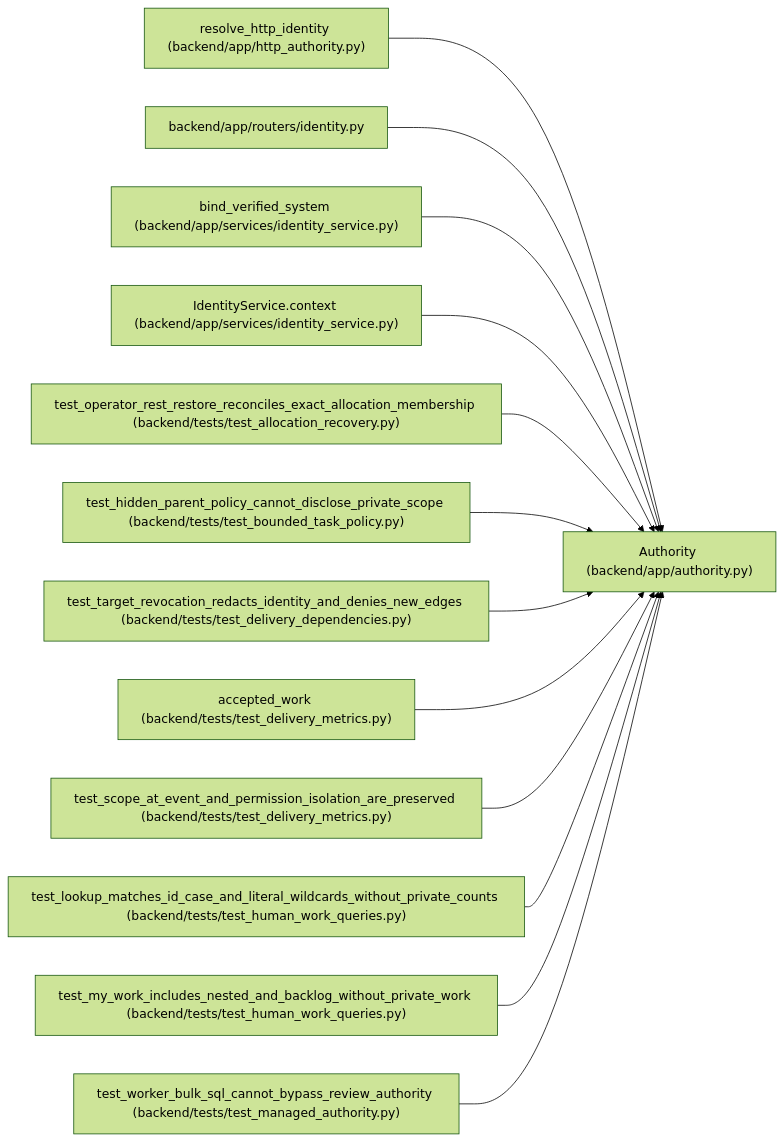
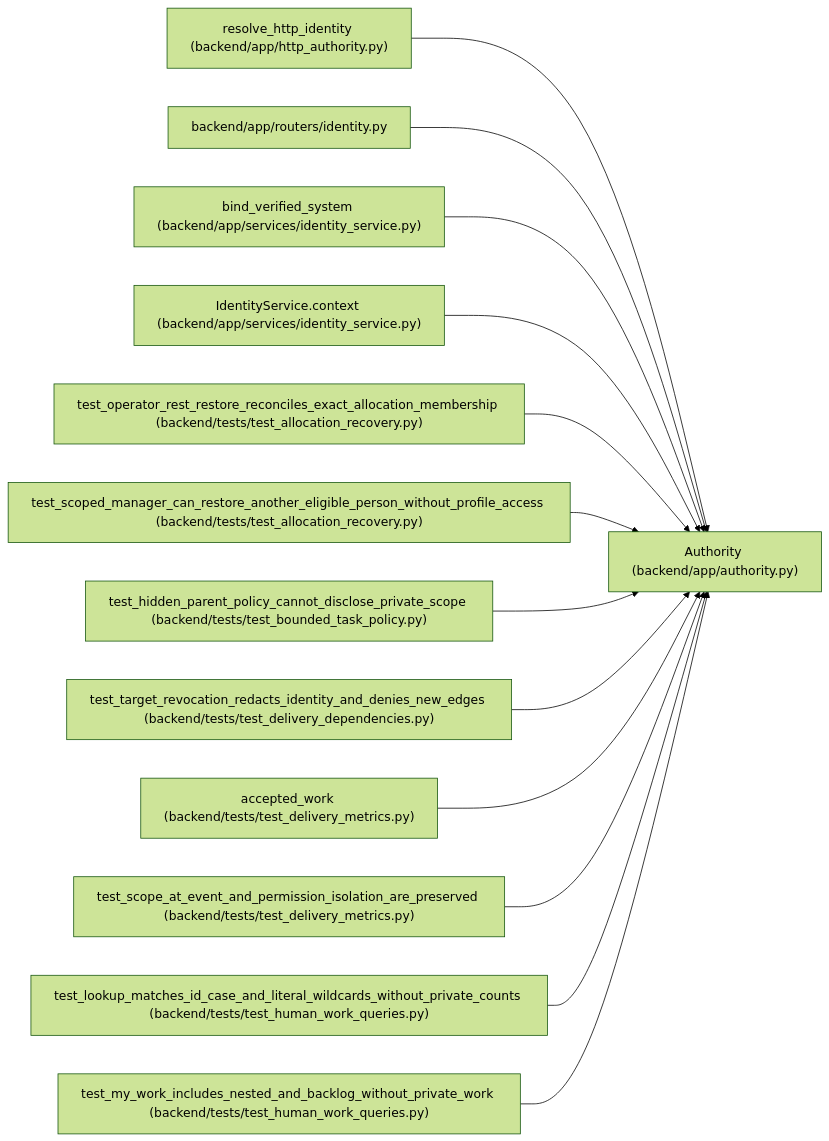
Before and after one commit to Denissvgn/WorkChord: the diagram in docs/llm_wiki/entities/Authority.md, drawn with Mermaid (forest theme). The commit also changed other lines of this file and 383 other files, not shown here.

Commit message:
docs(wiki): document complete person recovery provenance

````diff
--- a/docs/llm_wiki/entities/Authority.md
+++ b/docs/llm_wiki/entities/Authority.md
@@ -45,41 +45,41 @@
 ```mermaid
 flowchart LR
     n0["Authority (backend/app/authority.py)"]
     n1["resolve_http_identity (backend/app/http_authority.py)"]
     n2["backend/app/routers/identity.py"]
     n3["bind_verified_system (backend/app/services/identity_service.py)"]
     n4["IdentityService.context (backend/app/services/identity_service.py)"]
     n5["test_operator_rest_restore_reconciles_exact_allocation_membership (backend/tests/test_allocation_recovery.py)"]
-    n6["test_hidden_parent_policy_cannot_disclose_private_scope (backend/tests/test_bounded_task_policy.py)"]
-    n7["test_target_revocation_redacts_identity_and_denies_new_edges (backend/tests/test_delivery_dependencies.py)"]
-    n8["accepted_work (backend/tests/test_delivery_metrics.py)"]
-    n9["test_scope_at_event_and_permission_isolation_are_preserved (backend/tests/test_delivery_metrics.py)"]
-    n10["test_lookup_matches_id_case_and_literal_wildcards_without_private_counts (backend/tests/test_human_work_queries.py)"]
-    n11["test_my_work_includes_nested_and_backlog_without_private_work (backend/tests/test_human_work_queries.py)"]
-    n12["test_worker_bulk_sql_cannot_bypass_review_authority (backend/tests/test_managed_authority.py)"]
+    n6["test_scoped_manager_can_restore_another_eligible_person_without_profile_access (backend/tests/test_allocation_recovery.py)"]
+    n7["test_hidden_parent_policy_cannot_disclose_private_scope (backend/tests/test_bounded_task_policy.py)"]
+    n8["test_target_revocation_redacts_identity_and_denies_new_edges (backend/tests/test_delivery_dependencies.py)"]
+    n9["accepted_work (backend/tests/test_delivery_metrics.py)"]
+    n10["test_scope_at_event_and_permission_isolation_are_preserved (backend/tests/test_delivery_metrics.py)"]
+    n11["test_lookup_matches_id_case_and_literal_wildcards_without_private_counts (backend/tests/test_human_work_queries.py)"]
+    n12["test_my_work_includes_nested_and_backlog_without_private_work (backend/tests/test_human_work_queries.py)"]
     n1 --> n0
     n2 --> n0
     n3 --> n0
     n4 --> n0
     n5 --> n0
     n6 --> n0
     n7 --> n0
     n8 --> n0
     n9 --> n0
     n10 --> n0
     n11 --> n0
     n12 --> n0
     click n0 "../modules/authority.md"
     click n1 "../modules/http_authority.md"
     click n2 "../modules/routers_identity.md"
     click n3 "../modules/identity_service.md"
     click n4 "../modules/identity_service.md"
     click n5 "../modules/test_allocation_recovery.md"
-    click n6 "../modules/test_bounded_task_policy.md"
-    click n7 "../modules/test_delivery_dependencies.md"
-    click n8 "../modules/test_delivery_metrics.md"
+    click n6 "../modules/test_allocation_recovery.md"
+    click n7 "../modules/test_bounded_task_policy.md"
+    click n8 "../modules/test_delivery_dependencies.md"
     click n9 "../modules/test_delivery_metrics.md"
-    click n10 "../modules/test_human_work_queries.md"
+    click n10 "../modules/test_delivery_metrics.md"
     click n11 "../modules/test_human_work_queries.md"
-    click n12 "../modules/test_managed_authority.md"
+    click n12 "../modules/test_human_work_queries.md"
 ```
````
